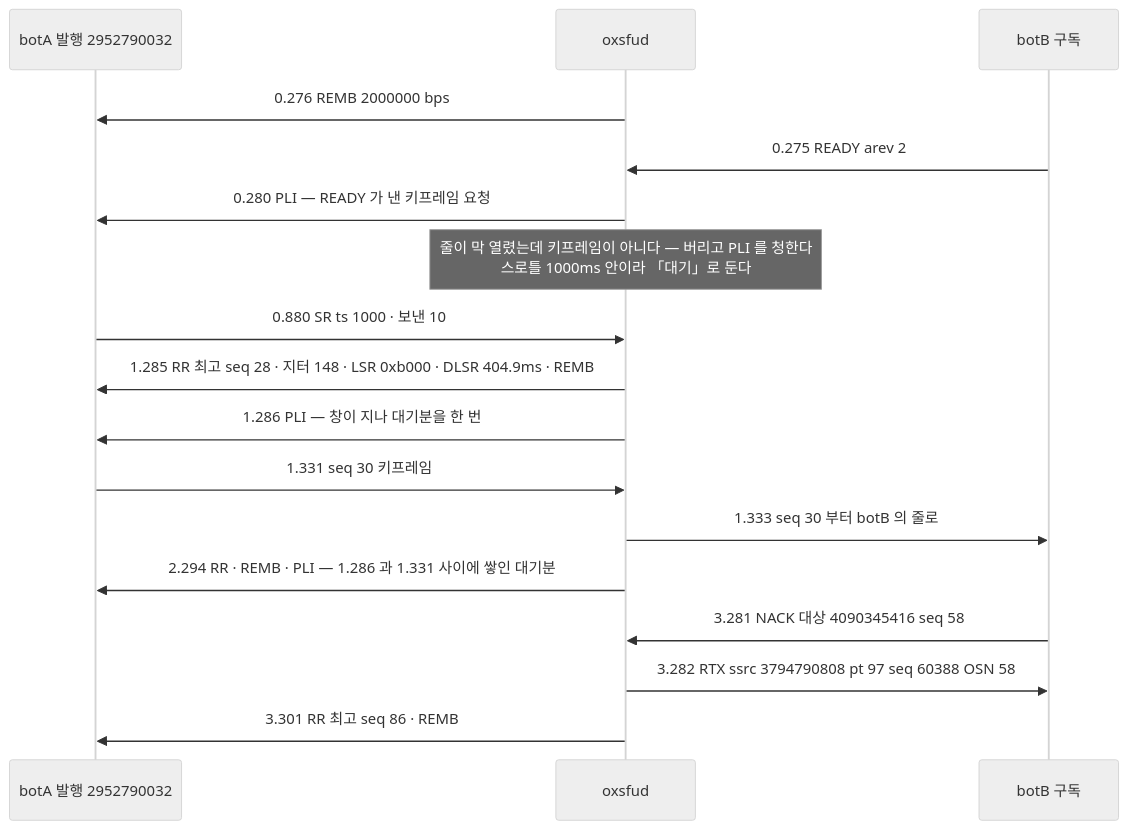
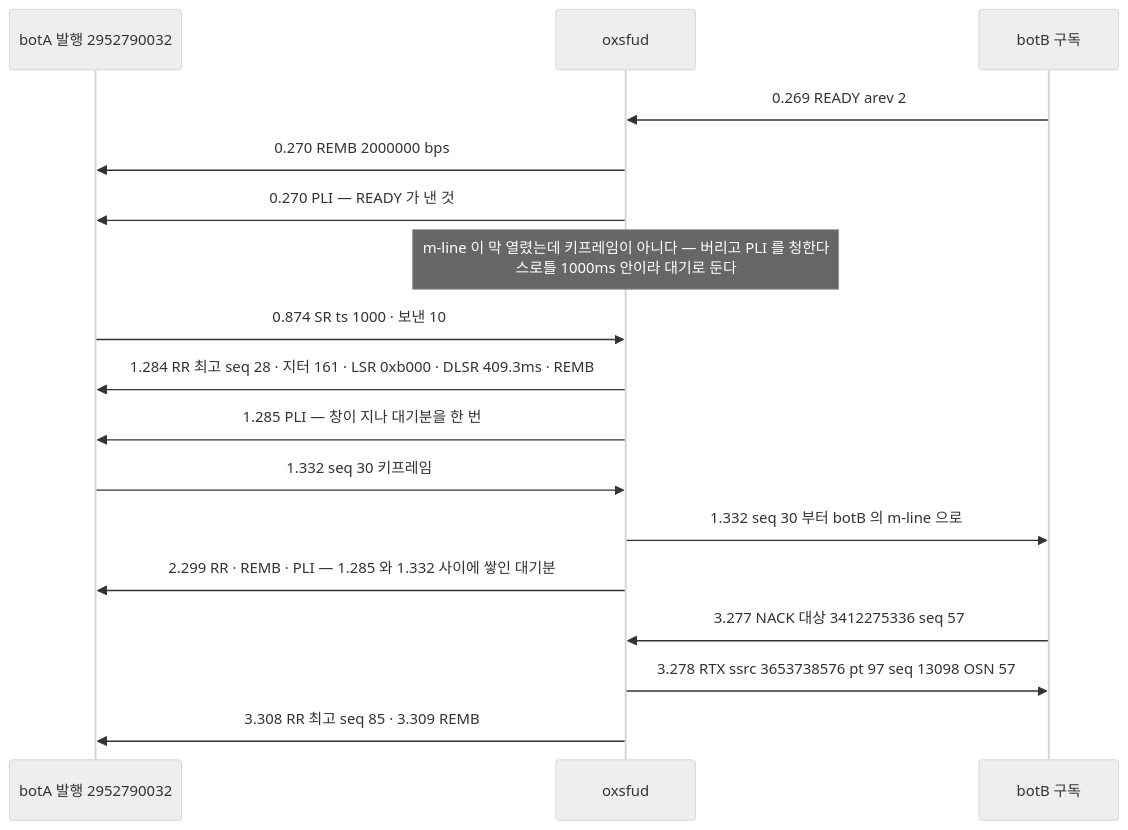
The third of 5 diagrams in docs/learn/04_PACKET_PATH.md (kodeholic9/oxlens-sfu), drawn with Mermaid (neutral theme) before and after one commit. The commit also changed other lines of this file and 19 other files, not shown here.

````diff
--- a/docs/learn/04_PACKET_PATH.md
+++ b/docs/learn/04_PACKET_PATH.md
@@ -131,19 +137,19 @@
 ```mermaid
 sequenceDiagram
   participant A as botA 발행 2952790032
   participant S as oxsfud
   participant B as botB 구독
-  S->>A: 0.276 REMB 2000000 bps
-  B->>S: 0.275 READY arev 2
-  S->>A: 0.280 PLI — READY 가 낸 키프레임 요청
-  Note over S: 줄이 막 열렸는데 키프레임이 아니다 — 버리고 PLI 를 청한다<br/>스로틀 1000ms 안이라 「대기」로 둔다
-  A->>S: 0.880 SR ts 1000 · 보낸 10
-  S->>A: 1.285 RR 최고 seq 28 · 지터 148 · LSR 0xb000 · DLSR 404.9ms · REMB
-  S->>A: 1.286 PLI — 창이 지나 대기분을 한 번
-  A->>S: 1.331 seq 30 키프레임
-  S->>B: 1.333 seq 30 부터 botB 의 줄로
-  S->>A: 2.294 RR · REMB · PLI — 1.286 과 1.331 사이에 쌓인 대기분
-  B->>S: 3.281 NACK 대상 4090345416 seq 58
-  S->>B: 3.282 RTX ssrc 3794790808 pt 97 seq 60388 OSN 58
-  S->>A: 3.301 RR 최고 seq 86 · REMB
+  B->>S: 0.269 READY arev 2
+  S->>A: 0.270 REMB 2000000 bps
+  S->>A: 0.270 PLI — READY 가 낸 것
+  Note over S: m-line 이 막 열렸는데 키프레임이 아니다 — 버리고 PLI 를 청한다<br/>스로틀 1000ms 안이라 대기로 둔다
+  A->>S: 0.874 SR ts 1000 · 보낸 10
+  S->>A: 1.284 RR 최고 seq 28 · 지터 161 · LSR 0xb000 · DLSR 409.3ms · REMB
+  S->>A: 1.285 PLI — 창이 지나 대기분을 한 번
+  A->>S: 1.332 seq 30 키프레임
+  S->>B: 1.332 seq 30 부터 botB 의 m-line 으로
+  S->>A: 2.299 RR · REMB · PLI — 1.285 와 1.332 사이에 쌓인 대기분
+  B->>S: 3.277 NACK 대상 3412275336 seq 57
+  S->>B: 3.278 RTX ssrc 3653738576 pt 97 seq 13098 OSN 57
+  S->>A: 3.308 RR 최고 seq 85 · 3.309 REMB
 ```
````
